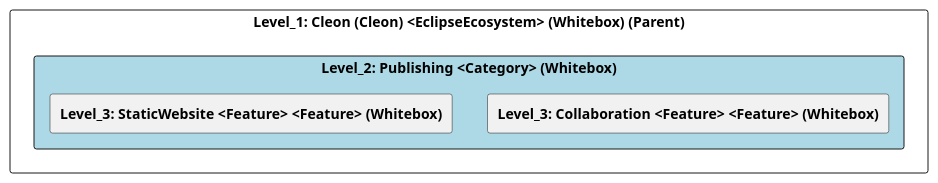
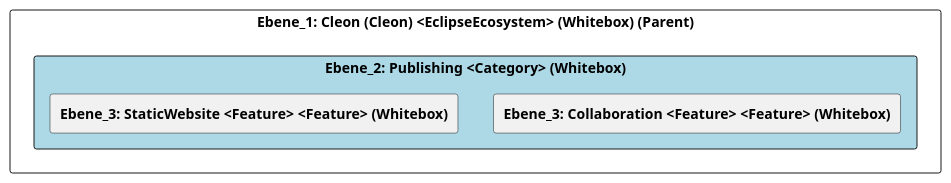
The diagram in doc/cleonproject_deliverables_architecture_model_architecture/adoc/de/05_bausteinsicht/cleon/publishing/ebene_2_publishing.adoc (marcozwyssig/cleon), drawn with PlantUML before and after one commit. The commit also changed other lines of this file and 258 other files, not shown here.

```diff
--- a/doc/cleonproject_deliverables_architecture_model_architecture/adoc/de/05_bausteinsicht/cleon/publishing/ebene_2_publishing.adoc
+++ b/doc/cleonproject_deliverables_architecture_model_architecture/adoc/de/05_bausteinsicht/cleon/publishing/ebene_2_publishing.adoc
@@ -24,25 +24,25 @@
-[plantuml, Level_2: Publishing <Category> (Whitebox)BlockOverview, format="svg"]
+[plantuml, Ebene_2: Publishing <Category> (Whitebox)BlockOverview, format="svg"]
 ----
-@startuml Level_2: Publishing <Category> (Whitebox)BuildingBlockOverview
+@startuml Ebene_2: Publishing <Category> (Whitebox)BuildingBlockOverview
 
 skinparam ranksep 10
 skinparam componentStyle rectangle
 skinparam shadowing false
 skinparam arrowColor lightblue
 skinparam arrowThickness 1.2
 skinparam rectangle {
   BackgroundColor White
   BorderColor #333
   RoundCorner 10
 }
 top to bottom direction
 
-component "Level_1: Cleon (Cleon) <EclipseEcosystem> (Whitebox) (Parent)" {
-    component "Level_2: Publishing <Category> (Whitebox)" #lightblue {
-        [**Level_3: Collaboration <Feature> <Feature> (Whitebox)**] as 4905581B_D579_11EE_903E_9F564E4DE07E
-        [**Level_3: StaticWebsite <Feature> <Feature> (Whitebox)**] as 49057F34_D579_11EE_903E_9F564E4DE07E
+component "Ebene_1: Cleon (Cleon) <EclipseEcosystem> (Whitebox) (Parent)" {
+    component "Ebene_2: Publishing <Category> (Whitebox)" #lightblue {
+        [**Ebene_3: Collaboration <Feature> <Feature> (Whitebox)**] as 4905581B_D579_11EE_903E_9F564E4DE07E
+        [**Ebene_3: StaticWebsite <Feature> <Feature> (Whitebox)**] as 49057F34_D579_11EE_903E_9F564E4DE07E
     }
 }
 
 @enduml
 ----
```
